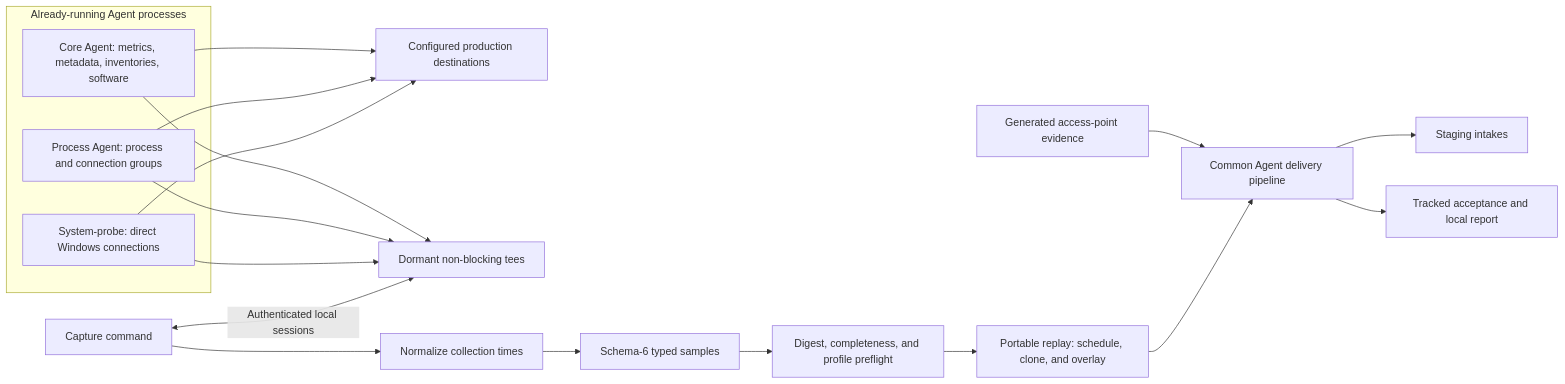
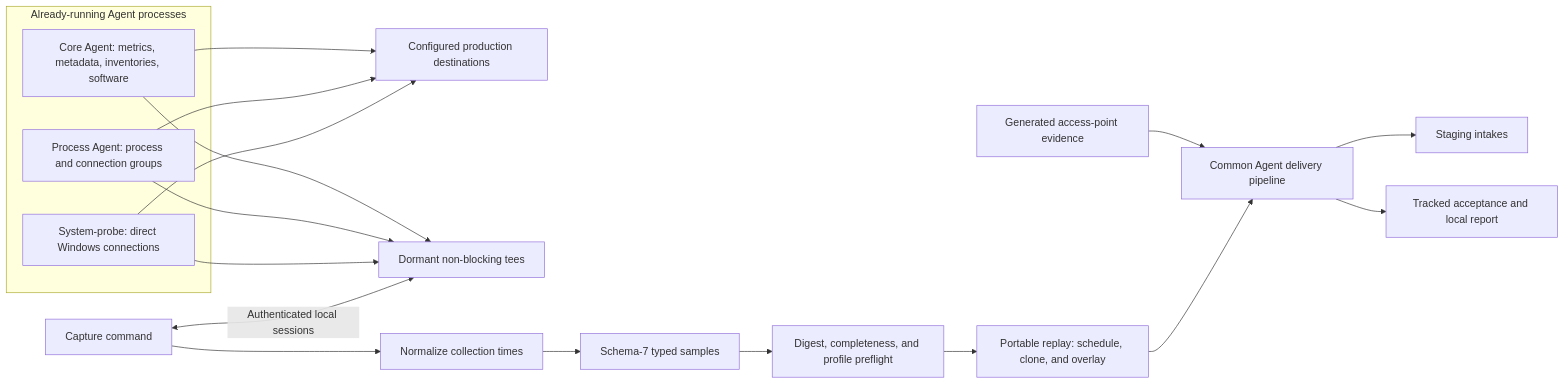
Before and after one commit to DataDog/datadog-agent: the diagram in doc/architecture/eudm-simulator.md, drawn with Mermaid. The commit also changed other lines of this file and 187 other files, not shown here.

````diff
--- a/doc/architecture/eudm-simulator.md
+++ b/doc/architecture/eudm-simulator.md
@@ -61,23 +61,23 @@
 ```mermaid
 flowchart LR
     subgraph Running[Already-running Agent processes]
         C[Core Agent: metrics, metadata, inventories, software]
         P[Process Agent: process and connection groups]
         N[System-probe: direct Windows connections]
     end
     C --> D[Configured production destinations]
     P --> D
     N --> D
     C --> T[Dormant non-blocking tees]
     P --> T
     N --> T
     A[Capture command] <-->|Authenticated local sessions| T
     A --> S[Normalize collection times]
-    S --> B[Schema-6 typed samples]
+    S --> B[Schema-7 typed samples]
     B --> V[Digest, completeness, and profile preflight]
     V --> E[Portable replay: schedule, clone, and overlay]
     AP[Generated access-point evidence] --> R[Common Agent delivery pipeline]
     E --> R
     R --> I[Staging intakes]
     R --> F[Tracked acceptance and local report]
 ```
````
